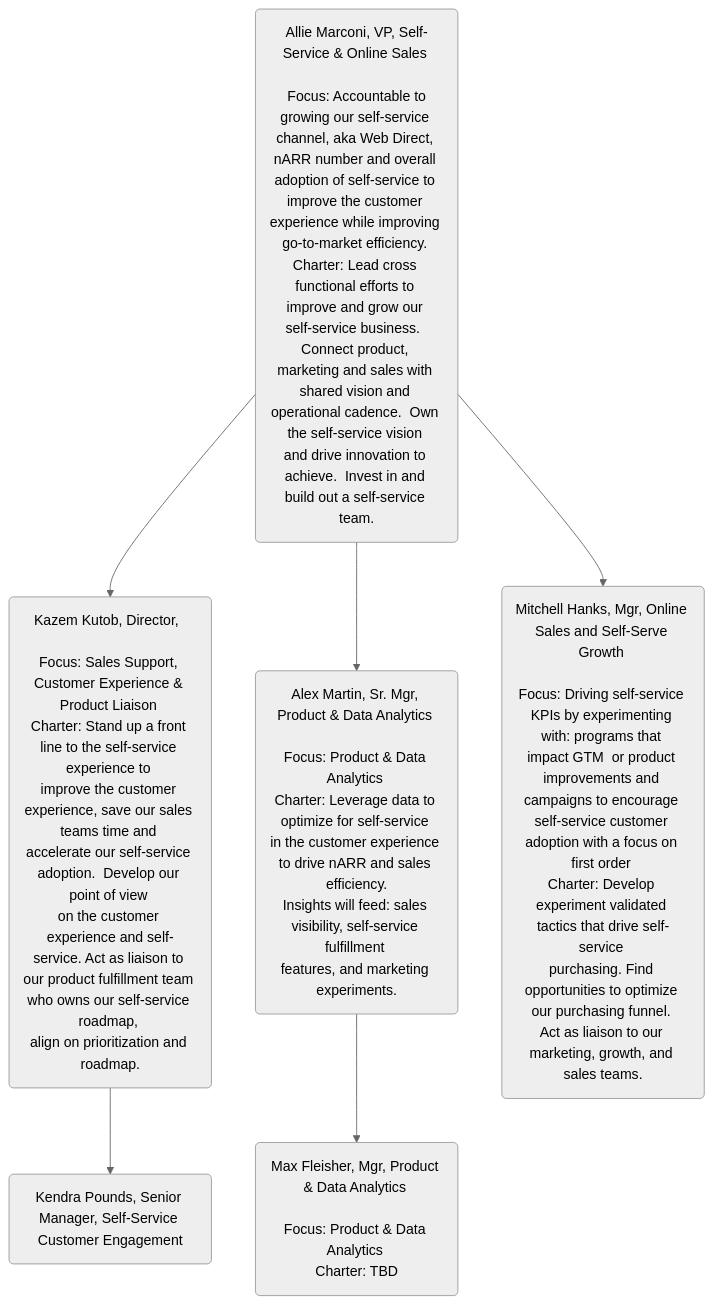
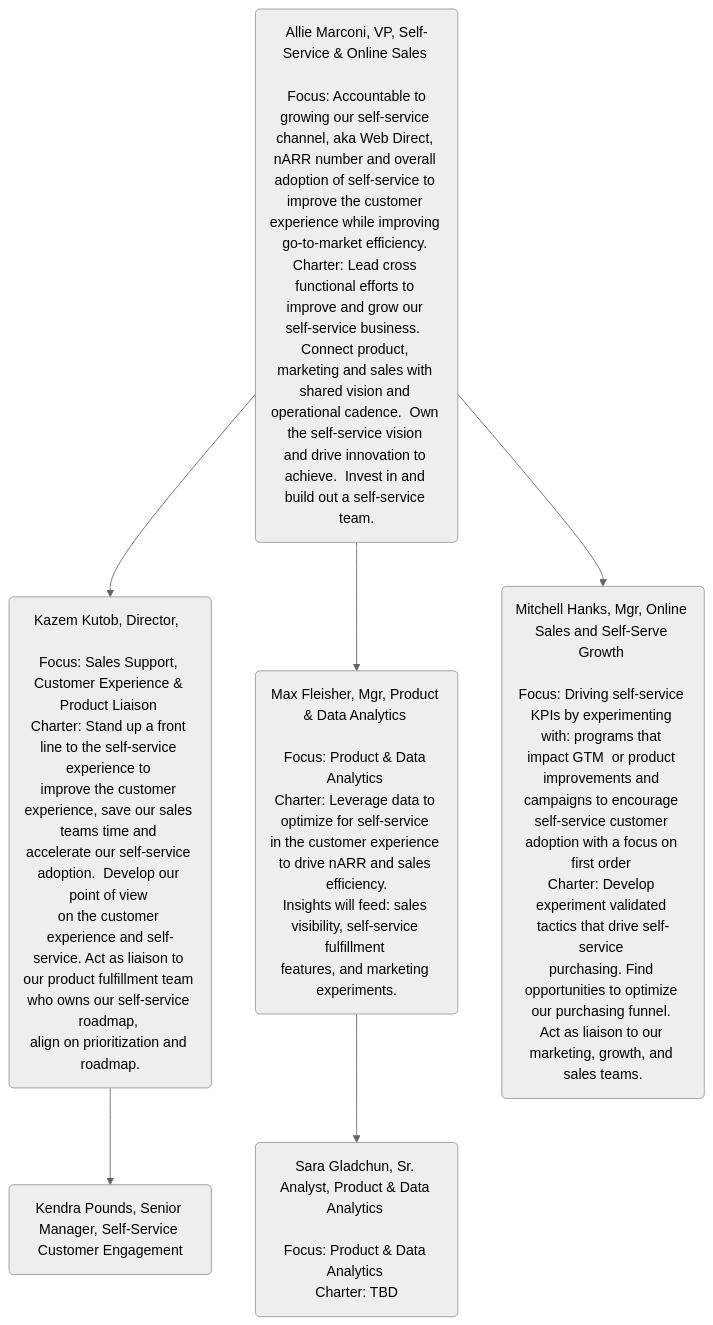
One commit to secretstartups/handbook changed the diagram in sales/self-service/index.html.md. Above: the diagram before and after it, drawn with Mermaid (neutral theme). The commit also changed other lines of this file, not shown here.

````diff
--- a/sales/self-service/index.html.md
+++ b/sales/self-service/index.html.md
@@ -83,10 +83,10 @@
 ```mermaid
 graph TD
     A(Allie Marconi, VP, Self-Service & Online Sales <br>  <br> Focus: Accountable to growing our self-service channel, aka Web Direct, <br>nARR number and overall adoption of self-service to improve the customer <br>experience while improving go-to-market efficiency. <br>Charter: Lead cross functional efforts to improve and grow our <br>self-service business.  Connect product, marketing and sales with <br>shared vision and operational cadence.  Own the self-service vision <br>and drive innovation to achieve.  Invest in and build out a self-service team.) 
     A --> B(Kazem Kutob, Director,  <br>  <br>Focus: Sales Support, Customer Experience & Product Liaison <br>Charter: Stand up a front line to the self-service experience to <br>improve the customer experience, save our sales teams time and <br>accelerate our self-service adoption.  Develop our point of view <br>on the customer experience and self-service. Act as liaison to <br>our product fulfillment team who owns our self-service roadmap, <br>align on prioritization and roadmap.) 
     B --> F(Kendra Pounds, Senior Manager, Self-Service Customer Engagement)
-    A --> C(Alex Martin, Sr. Mgr, Product & Data Analytics <br>  <br>Focus: Product & Data Analytics <br>Charter: Leverage data to optimize for self-service <br>in the customer experience to drive nARR and sales efficiency.<br>Insights will feed: sales visibility, self-service fulfillment <br>features, and marketing experiments.) 
-    C --> D(Max Fleisher, Mgr, Product & Data Analytics <br>  <br>Focus: Product & Data Analytics <br>Charter: TBD)
+    A --> C(Max Fleisher, Mgr, Product & Data Analytics <br>  <br>Focus: Product & Data Analytics <br>Charter: Leverage data to optimize for self-service <br>in the customer experience to drive nARR and sales efficiency.<br>Insights will feed: sales visibility, self-service fulfillment <br>features, and marketing experiments.) 
+    C --> D(Sara Gladchun, Sr. Analyst, Product & Data Analytics <br>  <br>Focus: Product & Data Analytics <br>Charter: TBD)
     A --> E(Mitchell Hanks, Mgr, Online Sales and Self-Serve Growth <br> <br>Focus: Driving self-service KPIs by experimenting with: programs that <br>impact GTM  or product improvements and campaigns to encourage <br>self-service customer adoption with a focus on first order <br>Charter: Develop experiment validated tactics that drive self-service <br>purchasing. Find opportunities to optimize our purchasing funnel. <br>Act as liaison to our marketing, growth, and sales teams.) 
 
 ```
````
